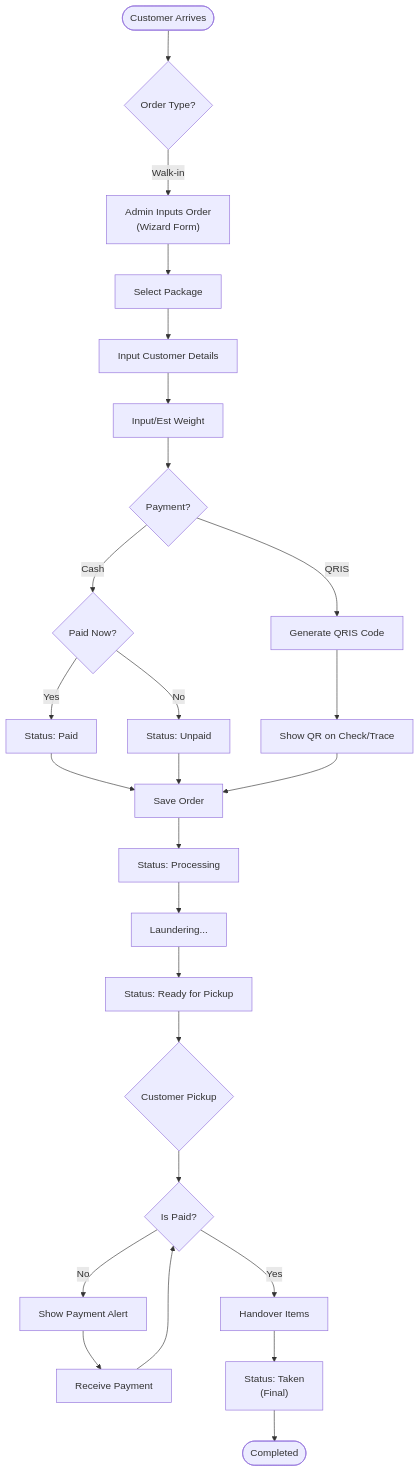
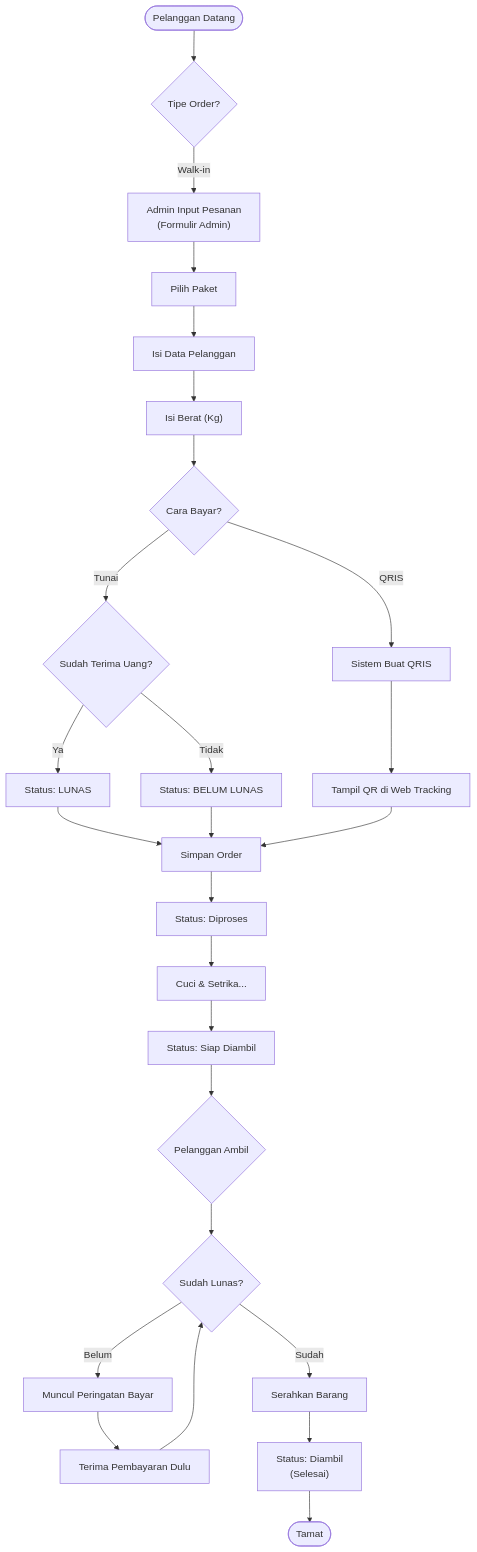
One commit to Zahh-ID/SusiLaundry changed the diagram in docs/flowchart.md. Above: the diagram before and after it, drawn with Mermaid. The commit also changed other lines of this file and 4 other files, not shown here.

````diff
--- a/docs/flowchart.md
+++ b/docs/flowchart.md
@@ -3,42 +5,42 @@
 ```mermaid
 flowchart TD
-    Start([Customer Arrives]) --> Type{Order Type?}
+    Start([Pelanggan Datang]) --> Type{Tipe Order?}
     
     %% Walk-in Flow
-    Type -- Walk-in --> AdminInput["Admin Inputs Order<br>(Wizard Form)"]
-    AdminInput --> PkgSelect[Select Package]
-    PkgSelect --> Details[Input Customer Details]
-    Details --> Weight["Input/Est Weight"]
+    Type -- Walk-in --> AdminInput["Admin Input Pesanan<br>(Formulir Admin)"]
+    AdminInput --> PkgSelect[Pilih Paket]
+    PkgSelect --> Details[Isi Data Pelanggan]
+    Details --> Weight["Isi Berat (Kg)"]
     
-    Weight --> PayMethod{Payment?}
+    Weight --> PayMethod{Cara Bayar?}
     
     %% Cash Payment
-    PayMethod -- Cash --> CashConfirm{Paid Now?}
-    CashConfirm -- Yes --> MarkPaid["Status: Paid"]
-    CashConfirm -- No --> MarkUnpaid["Status: Unpaid"]
+    PayMethod -- Tunai --> CashConfirm{Sudah Terima Uang?}
+    CashConfirm -- Ya --> MarkPaid["Status: LUNAS"]
+    CashConfirm -- Tidak --> MarkUnpaid["Status: BELUM LUNAS"]
     
     %% QRIS Payment
-    PayMethod -- QRIS --> GenQR[Generate QRIS Code]
-    GenQR --> ShowQR[Show QR on Check/Trace]
+    PayMethod -- QRIS --> GenQR[Sistem Buat QRIS]
+    GenQR --> ShowQR[Tampil QR di Web Tracking]
     
-    MarkPaid --> SaveOrder[Save Order]
+    MarkPaid --> SaveOrder[Simpan Order]
     MarkUnpaid --> SaveOrder
     ShowQR --> SaveOrder
     
-    SaveOrder --> Process["Status: Processing"]
+    SaveOrder --> Process["Status: Diproses"]
     
     %% Processing Loop & Payment Check
-    Process --> WashDry[Laundering...]
-    WashDry --> Ready["Status: Ready for Pickup"]
+    Process --> WashDry[Cuci & Setrika...]
+    WashDry --> Ready["Status: Siap Diambil"]
     
-    Ready --> Pickup{Customer Pickup}
+    Ready --> Pickup{Pelanggan Ambil}
     
-    Pickup --> CheckPay{Is Paid?}
-    CheckPay -- No --> PaymentAlert[Show Payment Alert]
-    PaymentAlert --> PayNow[Receive Payment]
+    Pickup --> CheckPay{Sudah Lunas?}
+    CheckPay -- Belum --> PaymentAlert[Muncul Peringatan Bayar]
+    PaymentAlert --> PayNow[Terima Pembayaran Dulu]
     PayNow --> CheckPay
     
-    CheckPay -- Yes --> Handover[Handover Items]
-    Handover --> Taken["Status: Taken<br>(Final)"]
-    Taken --> End([Completed])
+    CheckPay -- Sudah --> Handover[Serahkan Barang]
+    Handover --> Taken["Status: Diambil<br>(Selesai)"]
+    Taken --> End([Tamat])
 ```
````
